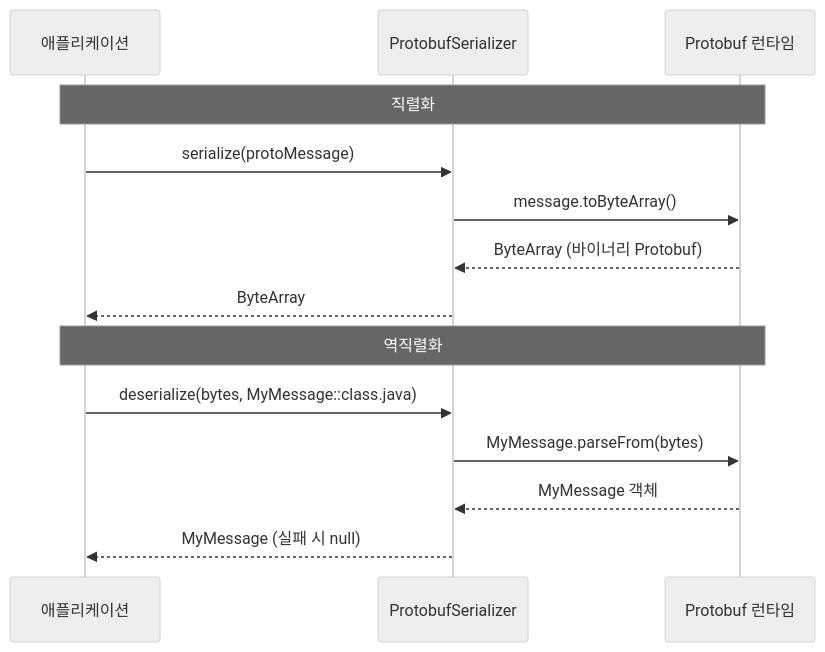
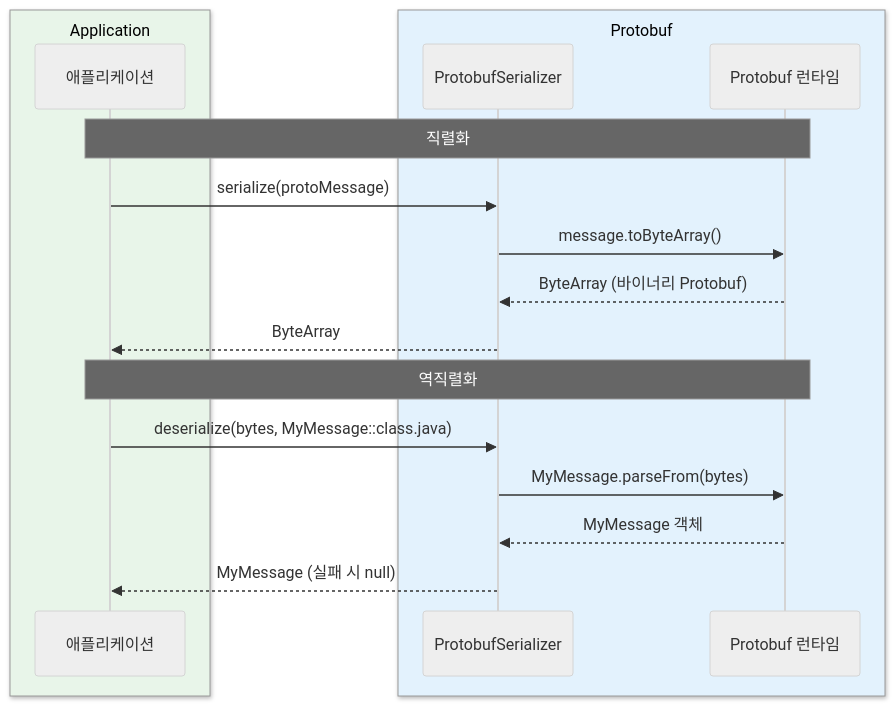
One commit to bluetape4k/bluetape4k-projects changed the third of 3 diagrams in io/protobuf/README.ko.md. Above: the diagram before and after it, drawn with Mermaid (neutral theme). The commit also changed other lines of this file and 221 other files, not shown here.

First line of the commit message:
docs: 전체 모듈 README UML 다이어그램 보강 및 색상 업그레이드

````diff
--- a/io/protobuf/README.ko.md
+++ b/io/protobuf/README.ko.md
@@ -101,18 +117,22 @@
 ```mermaid
 sequenceDiagram
-    participant 앱 as 애플리케이션
-    participant S as ProtobufSerializer
-    participant P as Protobuf 런타임
+    box rgb(232, 245, 233) Application
+        participant 앱 as 애플리케이션
+    end
+    box rgb(227, 242, 253) Protobuf
+        participant S as ProtobufSerializer
+        participant P as Protobuf 런타임
+    end
 
     Note over 앱,P: 직렬화
     앱->>S: serialize(protoMessage)
     S->>P: message.toByteArray()
     P-->>S: ByteArray (바이너리 Protobuf)
     S-->>앱: ByteArray
 
     Note over 앱,P: 역직렬화
     앱->>S: deserialize(bytes, MyMessage::class.java)
     S->>P: MyMessage.parseFrom(bytes)
     P-->>S: MyMessage 객체
     S-->>앱: MyMessage (실패 시 null)
 ```
````
